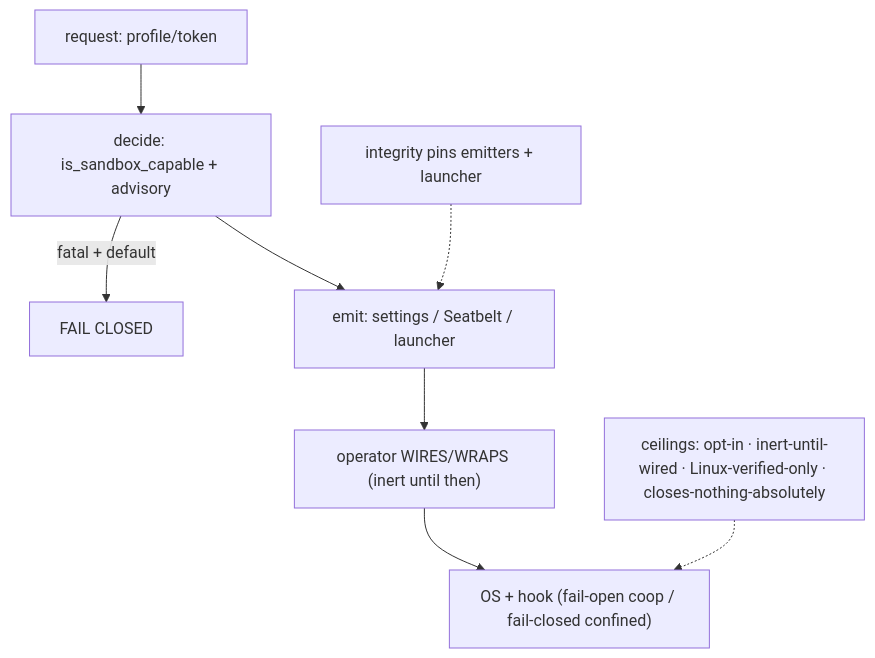
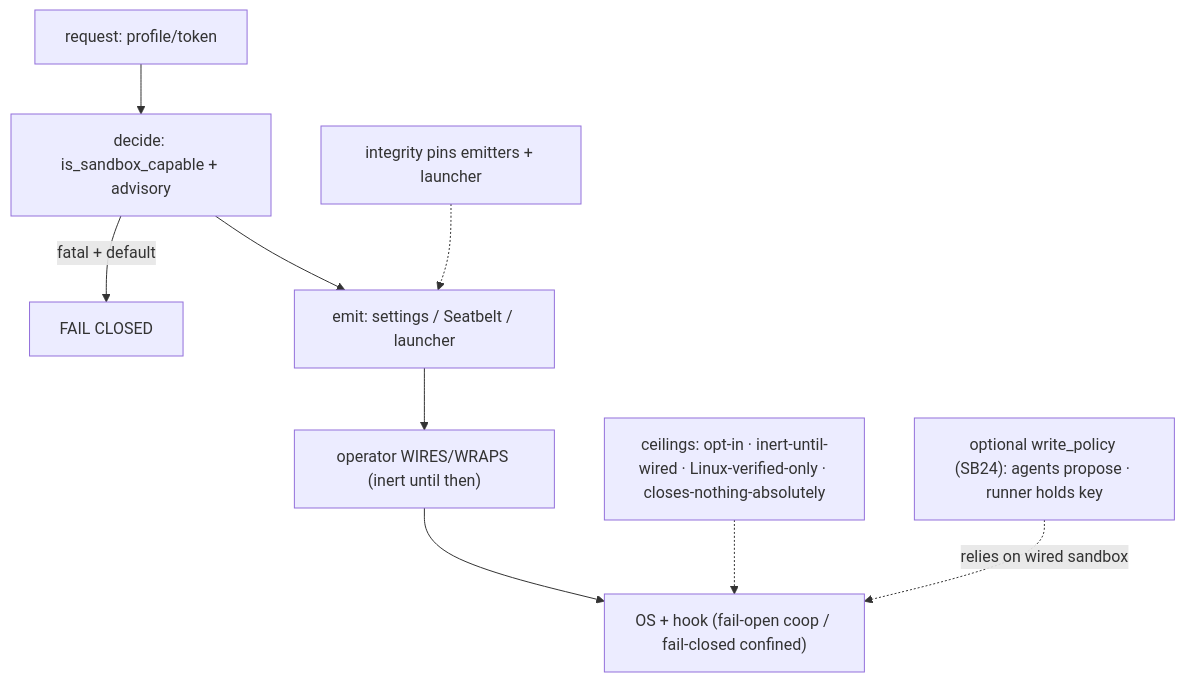
The diagram in docs_src/agentteams-sandboxing-guide/for-researchers/part-viii-synthesis-and-reference.md (jlcatonjr/agentteams), drawn with Mermaid before and after one commit. The commit also changed other lines of this file and 19 other files, not shown here.

First line of the commit message:
docs(sandboxing-guide): SB16 PR-merge rule; new SB24 write policy + agentteams_runner

````diff
--- a/docs_src/agentteams-sandboxing-guide/for-researchers/part-viii-synthesis-and-reference.md
+++ b/docs_src/agentteams-sandboxing-guide/for-researchers/part-viii-synthesis-and-reference.md
@@ -10,10 +12,11 @@
 ```mermaid
 flowchart TD
     REQ[request: profile/token] --> DEC["decide: is_sandbox_capable + advisory"]
     DEC -->|"fatal + default"| FCX[FAIL CLOSED]
     DEC --> EMIT["emit: settings / Seatbelt / launcher"]
     EMIT --> WIRE["operator WIRES/WRAPS (inert until then)"]
     WIRE --> ENF["OS + hook (fail-open coop / fail-closed confined)"]
     INT["integrity pins emitters + launcher"] -.-> EMIT
     CEIL["ceilings: opt-in · inert-until-wired · Linux-verified-only · closes-nothing-absolutely"] -.-> ENF
+    WP["optional write_policy (SB24): agents propose · runner holds key"] -.->|"relies on wired sandbox"| ENF
 ```
````
